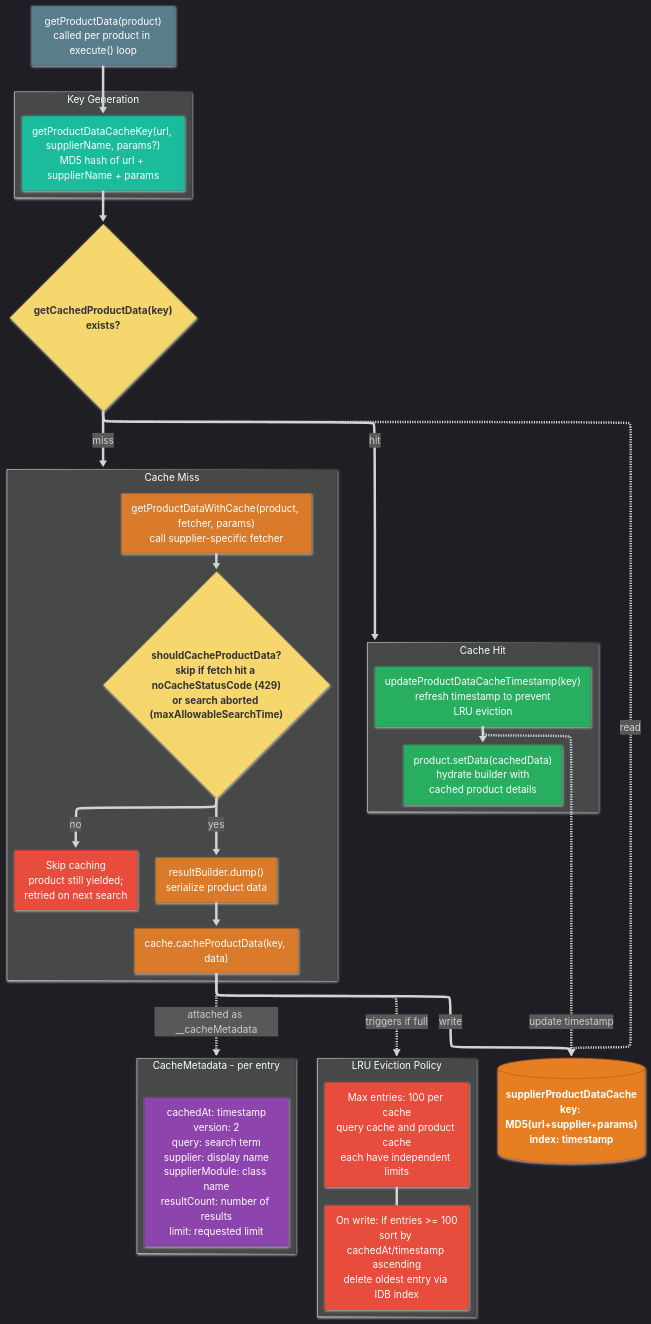
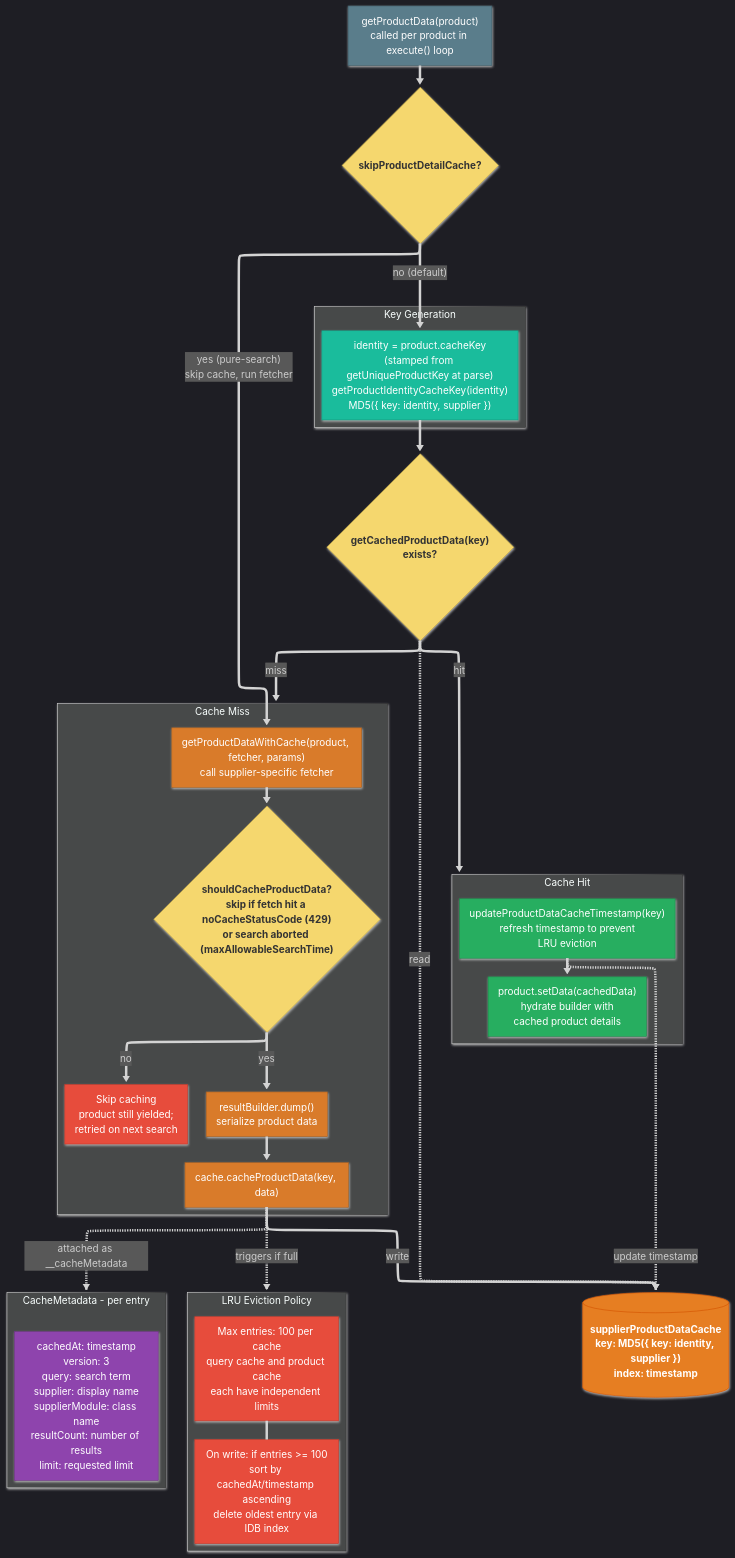
Before and after one commit to jhyland87/chem-pal: the third of 5 diagrams in pages/diagrams/search-cache-flow.md, drawn with Mermaid. The commit also changed other lines of this file and 59 other files, not shown here.

```diff
--- a/pages/diagrams/search-cache-flow.md
+++ b/pages/diagrams/search-cache-flow.md
@@ -185,11 +188,14 @@
 
 GPD["getProductData(product)\ncalled per product in execute() loop"]
 subgraph KeyGen2["Key Generation"]
-GPCK["getProductDataCacheKey(url, supplierName, params?)\nMD5 hash of url + supplierName + params"]
+GPCK["identity = product.cacheKey\n(stamped from getUniqueProductKey at parse)\ngetProductIdentityCacheKey(identity)\nMD5({ key: identity, supplier })"]
 end
-GPD --> GPCK
+GPD --> CPD
+CPD{"skipProductDetailCache?"}
+CPD -->|"yes (pure-search)\nskip cache, run fetcher"| FETCH
+CPD -->|"no (default)"| GPCK
+GPCK --> PLOOKUP
 PLOOKUP{"getCachedProductData(key)\nexists?"}
-GPCK --> PLOOKUP
 subgraph CacheHit2["Cache Hit"]
 direction TB
 TOUCH["updateProductDataCacheTimestamp(key)\nrefresh timestamp to prevent\nLRU eviction"]
@@ -210,7 +216,7 @@
 PLOOKUP -->|"hit"| CacheHit2
 PLOOKUP -->|"miss"| CacheMiss2
 
-PDS[("supplierProductDataCache\nkey: MD5(url+supplier+params)\nindex: timestamp")]
+PDS[("supplierProductDataCache\nkey: MD5({ key: identity, supplier })\nindex: timestamp")]
 SAVE2 -->|"write"| PDS
 PLOOKUP -.->|"read"| PDS
 TOUCH -.->|"update timestamp"| PDS
@@ -225,7 +231,7 @@
 
 subgraph Metadata["CacheMetadata - per entry"]
 direction LR
-META["cachedAt: timestamp\nversion: 2\nquery: search term\nsupplier: display name\nsupplierModule: class name\nresultCount: number of results\nlimit: requested limit"]
+META["cachedAt: timestamp\nversion: 3\nquery: search term\nsupplier: display name\nsupplierModule: class name\nresultCount: number of results\nlimit: requested limit"]
 end
 SAVE2 -.->|"attached as __cacheMetadata"| Metadata
 
@@ -234,7 +240,7 @@
 class GPD cacheFlow
 class SETDATA,TOUCH hit
 class FETCH,DUMP2,SAVE2 miss
-class PLOOKUP,CACHEABLE decision
+class PLOOKUP,CACHEABLE,CPD decision
 class MAX,EVICT,SKIP2 lru
 class META meta
 class GPCK keygen
```
